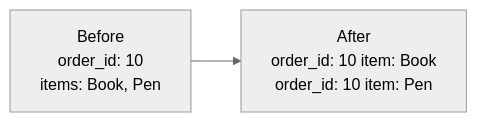
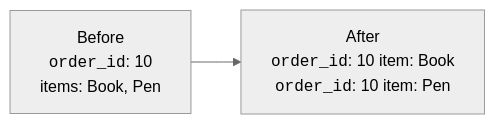
The first of 6 diagrams in content/learn/database-design-postgresql/first-normal-form.mdx (dataslope/dataslope), drawn with Mermaid (neutral theme) before and after one commit. The commit also changed other lines of this file and 153 other files, not shown here.

First line of the commit message:
Render code-only mermaid shapes in monospace; convert step sequences to Steps

````diff
--- a/content/learn/database-design-postgresql/first-normal-form.mdx
+++ b/content/learn/database-design-postgresql/first-normal-form.mdx
@@ -25,4 +25,4 @@
 ```mermaid
 flowchart LR
-    B["Before<br/>order_id: 10<br/>items: Book, Pen"] --> A["After<br/>order_id: 10 item: Book<br/>order_id: 10 item: Pen"]
+    B["Before<br/><code>order_id</code>: 10<br/>items: Book, Pen"] --> A["After<br/><code>order_id</code>: 10 item: Book<br/><code>order_id</code>: 10 item: Pen"]
 ```
````
